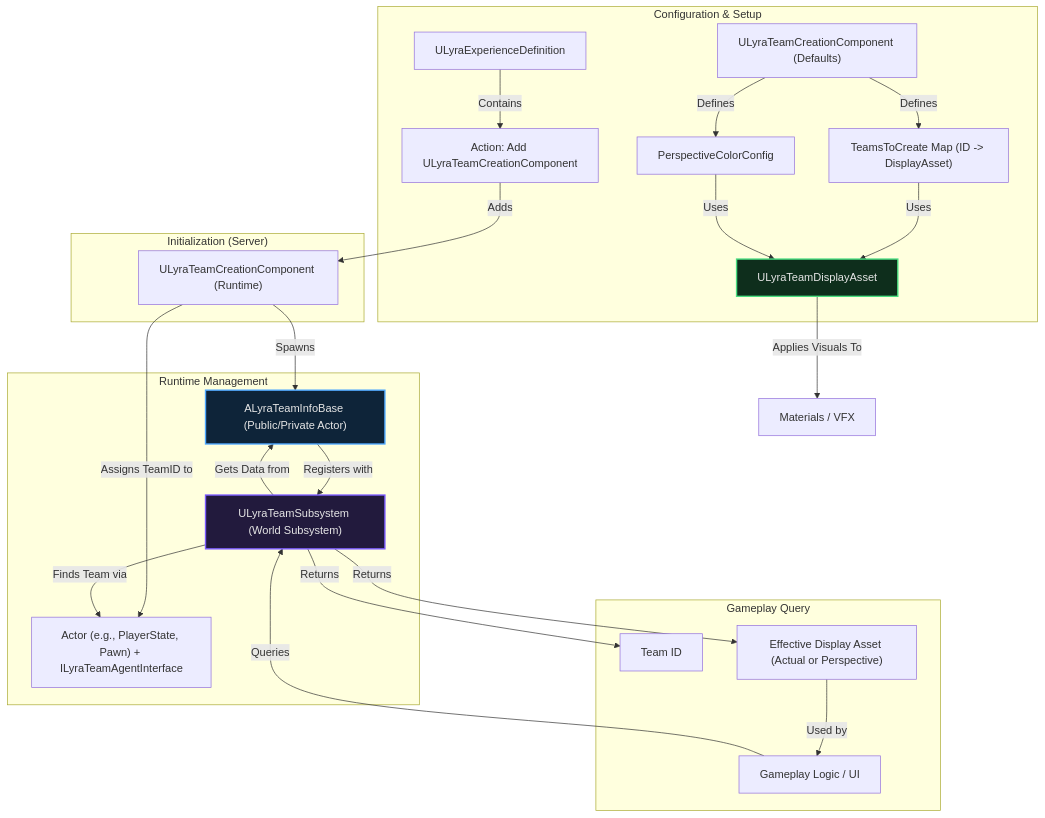
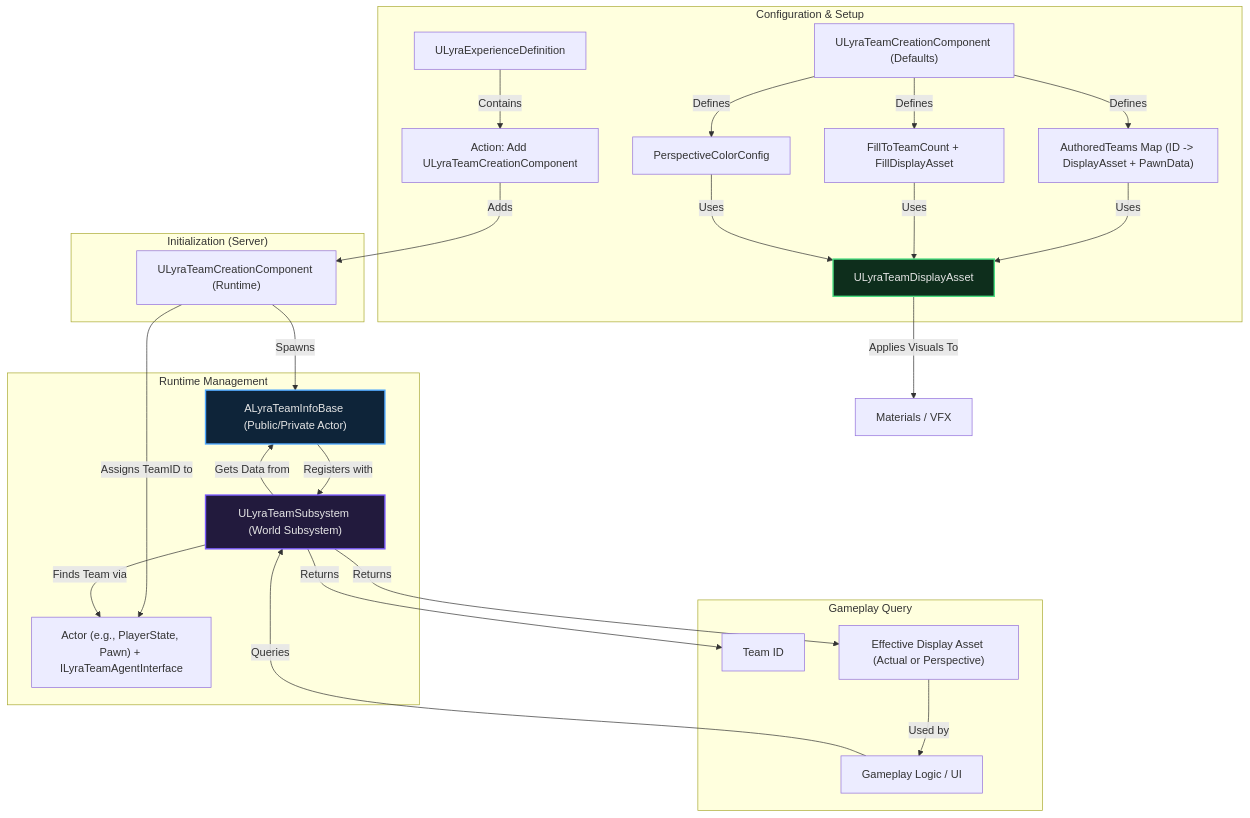
Before and after one commit to outliyr/outliyr-docs: the second of 2 diagrams in outliyr-framework/docs/base-lyra-modified/team/README.md, drawn with Mermaid. The commit also changed other lines of this file and 17 other files, not shown here.

````diff
--- a/outliyr-framework/docs/base-lyra-modified/team/README.md
+++ b/outliyr-framework/docs/base-lyra-modified/team/README.md
@@ -33,38 +33,40 @@
 ```mermaid
 graph TD
     subgraph "Configuration & Setup"
         Experience["ULyraExperienceDefinition"] -- Contains --> TeamCreationAction["Action: Add ULyraTeamCreationComponent"]
-        TeamCreationCompConfig["ULyraTeamCreationComponent (Defaults)"] -- Defines --> TeamsToCreate["TeamsToCreate Map (ID -> DisplayAsset)"]
+        TeamCreationCompConfig["ULyraTeamCreationComponent (Defaults)"] -- Defines --> AuthoredTeams["AuthoredTeams Map (ID -> DisplayAsset + PawnData)"]
+        TeamCreationCompConfig -- Defines --> FillConfig["FillToTeamCount + FillDisplayAsset"]
         TeamDisplayAsset["ULyraTeamDisplayAsset"]
-        TeamsToCreate -- Uses --> TeamDisplayAsset
+        AuthoredTeams -- Uses --> TeamDisplayAsset
+        FillConfig -- Uses --> TeamDisplayAsset
         TeamCreationCompConfig -- Defines --> PerspectiveConfig["PerspectiveColorConfig"]
         PerspectiveConfig -- Uses --> TeamDisplayAsset
     end
 
     subgraph "Runtime Management"
         TeamSubsystem["ULyraTeamSubsystem (World Subsystem)"]
         TeamInfo["ALyraTeamInfoBase (Public/Private Actor)"]
         TeamAgent["Actor (e.g., PlayerState, Pawn) + ILyraTeamAgentInterface"]
     end
 
     subgraph "Initialization (Server)"
         TeamCreationAction -- Adds --> TeamCreationCompRuntime["ULyraTeamCreationComponent (Runtime)"] -- Spawns --> TeamInfo
         TeamInfo -- Registers with --> TeamSubsystem
         TeamCreationCompRuntime -- Assigns TeamID to --> TeamAgent
     end
 
     subgraph "Gameplay Query"
         GameplayLogic["Gameplay Logic / UI"] -- Queries --> TeamSubsystem
         TeamSubsystem -- Finds Team via --> TeamAgent
         TeamSubsystem -- Gets Data from --> TeamInfo
         TeamSubsystem -- Returns --> TeamID["Team ID"]
         TeamSubsystem -- Returns --> EffectiveDisplayAsset["Effective Display Asset (Actual or Perspective)"]
         EffectiveDisplayAsset -- Used by --> GameplayLogic
     end
 
     TeamDisplayAsset -- Applies Visuals To --> MaterialsVFX["Materials / VFX"]
 
     style TeamSubsystem fill:#221a3d,stroke:#7c5cff,stroke-width:2px,color:#e6e6e6
     style TeamInfo fill:#0e2439,stroke:#4ea8ff,stroke-width:2px,color:#e6e6e6
     style TeamDisplayAsset fill:#0e2e1c,stroke:#4ade80,stroke-width:2px,color:#e6e6e6
 ```
````
